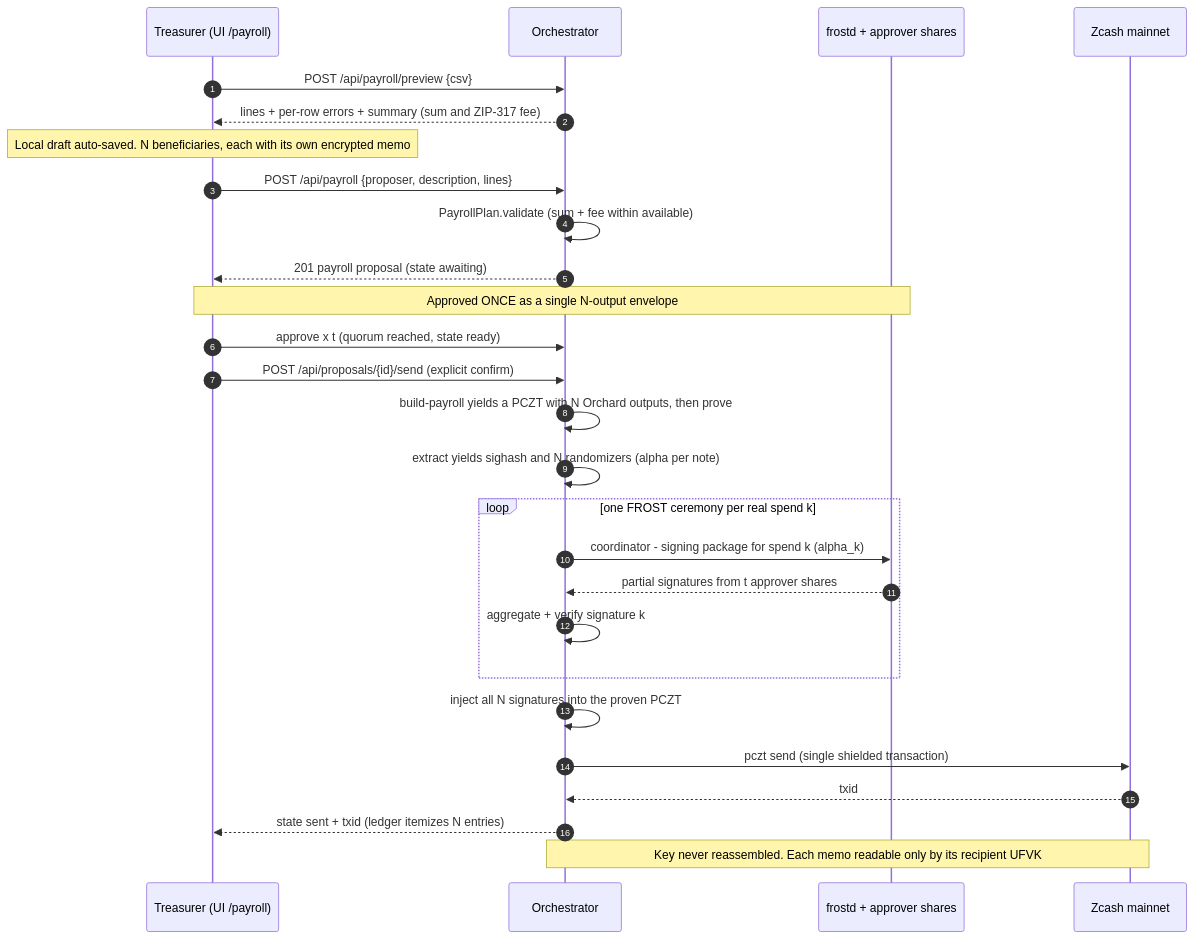
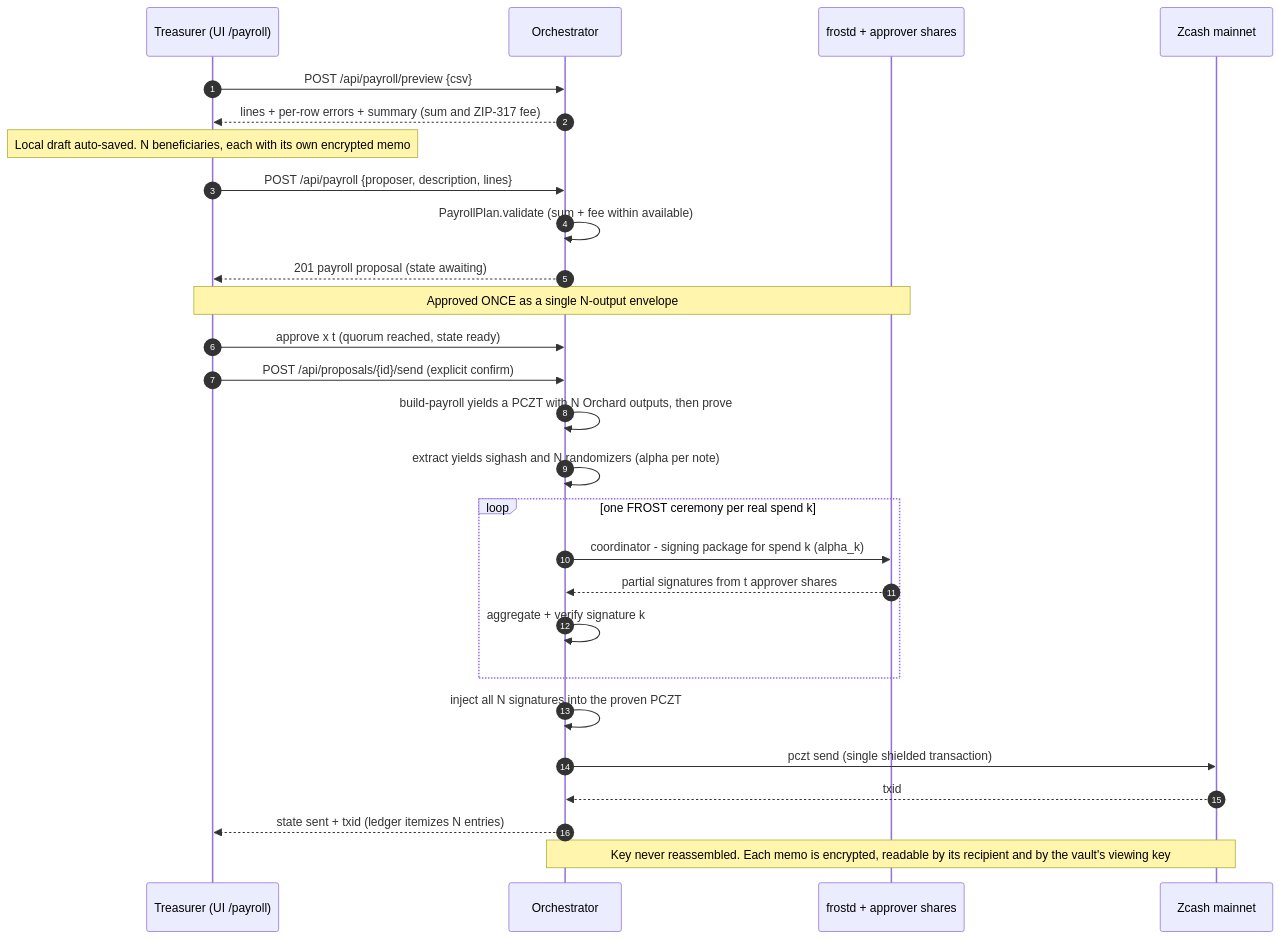
One commit to deegalabs/konclave changed the sixth of 7 diagrams in docs/GUIDE.md. Above: the diagram before and after it, drawn with Mermaid. The commit also changed other lines of this file and 20 other files, not shown here.

````diff
--- a/docs/GUIDE.md
+++ b/docs/GUIDE.md
@@ -540,32 +540,32 @@
 ```mermaid
 sequenceDiagram
     autonumber
     participant U as Treasurer (UI /payroll)
     participant O as Orchestrator
     participant F as frostd + approver shares
     participant Z as Zcash mainnet
 
     U->>O: POST /api/payroll/preview {csv}
     O-->>U: lines + per-row errors + summary (sum and ZIP-317 fee)
     Note over U: Local draft auto-saved. N beneficiaries, each with its own encrypted memo
     U->>O: POST /api/payroll {proposer, description, lines}
     O->>O: PayrollPlan.validate (sum + fee within available)
     O-->>U: 201 payroll proposal (state awaiting)
 
     Note over U,F: Approved ONCE as a single N-output envelope
     U->>O: approve x t (quorum reached, state ready)
 
     U->>O: POST /api/proposals/{id}/send (explicit confirm)
     O->>O: build-payroll yields a PCZT with N Orchard outputs, then prove
     O->>O: extract yields sighash and N randomizers (alpha per note)
     loop one FROST ceremony per real spend k
         O->>F: coordinator - signing package for spend k (alpha_k)
         F-->>O: partial signatures from t approver shares
         O->>O: aggregate + verify signature k
     end
     O->>O: inject all N signatures into the proven PCZT
     O->>Z: pczt send (single shielded transaction)
     Z-->>O: txid
     O-->>U: state sent + txid (ledger itemizes N entries)
-    Note over O,Z: Key never reassembled. Each memo readable only by its recipient UFVK
+    Note over O,Z: Key never reassembled. Each memo is encrypted, readable by its recipient and by the vault's viewing key
 ```
````
